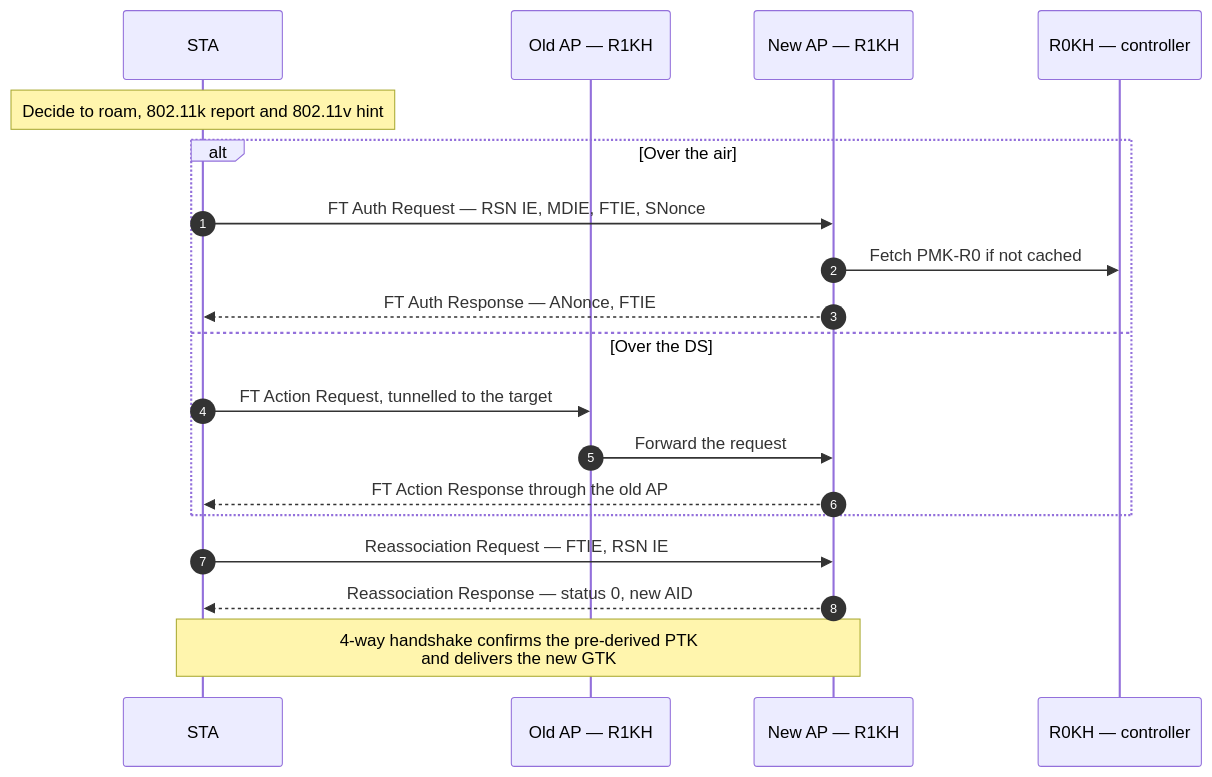
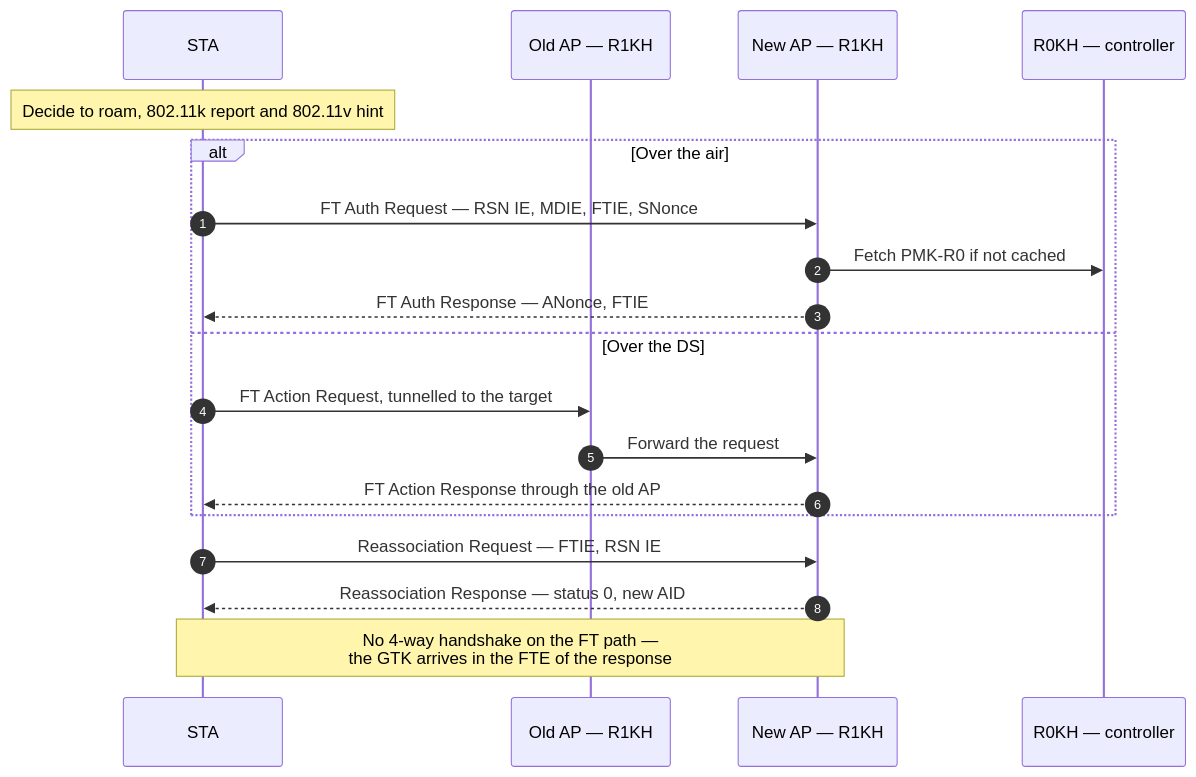
The eighth of 11 diagrams in knowledge-graph/02-5 WLAN - STA-AP Discovery, Authentication and Association.md (washingtonxr/xSkills), drawn with Mermaid before and after one commit. The commit also changed other lines of this file and 12 other files, not shown here.

````diff
--- a/knowledge-graph/02-5 WLAN - STA-AP Discovery, Authentication and Association.md
+++ b/knowledge-graph/02-5 WLAN - STA-AP Discovery, Authentication and Association.md
@@ -631,21 +635,21 @@
 ```mermaid
 sequenceDiagram
     autonumber
     participant S as STA
     participant O as Old AP — R1KH
     participant N as New AP — R1KH
     participant C as R0KH — controller
     Note over S: Decide to roam, 802.11k report and 802.11v hint
     alt Over the air
         S->>N: FT Auth Request — RSN IE, MDIE, FTIE, SNonce
         N->>C: Fetch PMK-R0 if not cached
         N-->>S: FT Auth Response — ANonce, FTIE
     else Over the DS
         S->>O: FT Action Request, tunnelled to the target
         O->>N: Forward the request
         N-->>S: FT Action Response through the old AP
     end
     S->>N: Reassociation Request — FTIE, RSN IE
     N-->>S: Reassociation Response — status 0, new AID
-    Note over S,N: 4-way handshake confirms the pre-derived PTK<br/>and delivers the new GTK
+    Note over S,N: No 4-way handshake on the FT path —<br/>the GTK arrives in the FTE of the response
 ```
````
